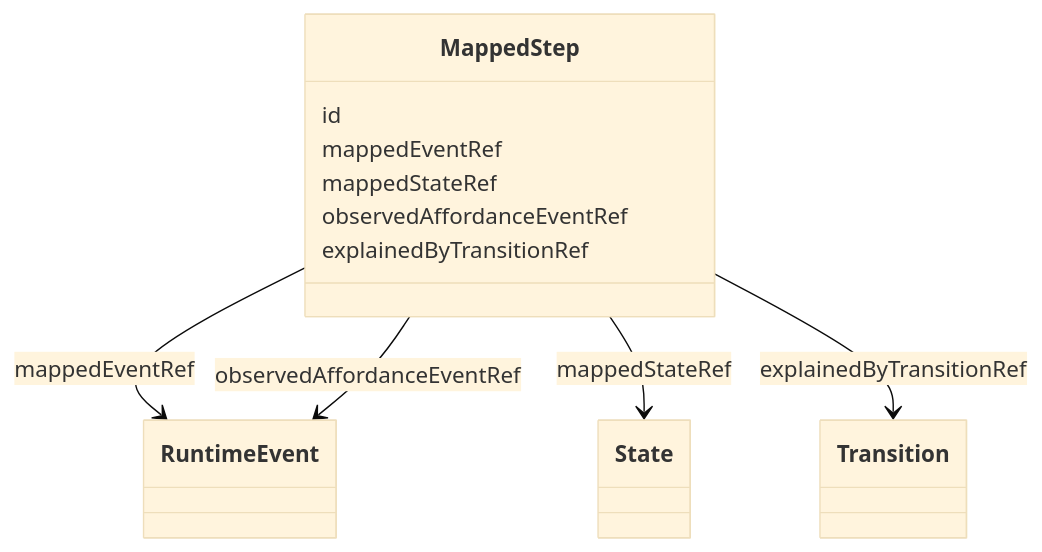
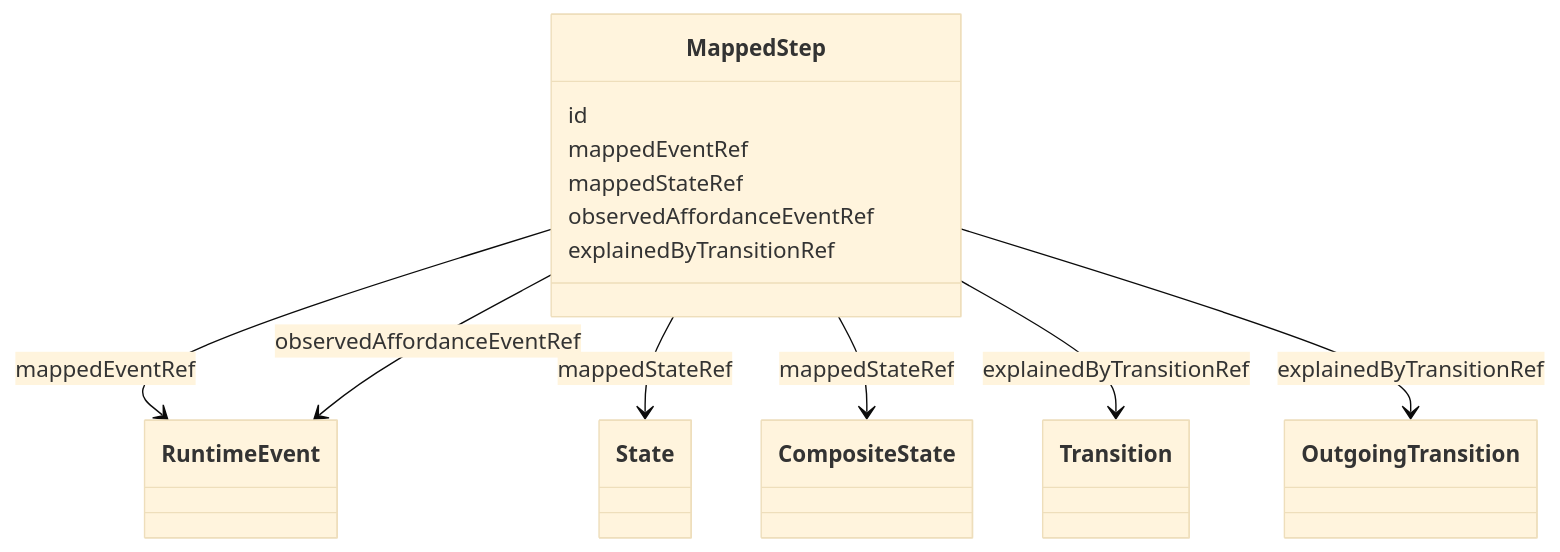
The second of 3 diagrams in specs/ed/mapping/index.md (Bang2985/spec-ujg), drawn with Mermaid (base theme) before and after one commit. The commit also changed other lines of this file and 94 other files, not shown here.

````diff
--- a/specs/ed/mapping/index.md
+++ b/specs/ed/mapping/index.md
@@ -108,17 +100,21 @@
 ```mermaid
 classDiagram
   class RuntimeEvent
   class State
+  class CompositeState
   class Transition
+  class OutgoingTransition
   class MappedStep {
     id
     mappedEventRef
     mappedStateRef
     observedAffordanceEventRef
     explainedByTransitionRef
   }
   MappedStep --> RuntimeEvent : mappedEventRef
   MappedStep --> RuntimeEvent : observedAffordanceEventRef
   MappedStep --> State : mappedStateRef
+  MappedStep --> CompositeState : mappedStateRef
   MappedStep --> Transition : explainedByTransitionRef
+  MappedStep --> OutgoingTransition : explainedByTransitionRef
 ```
````
